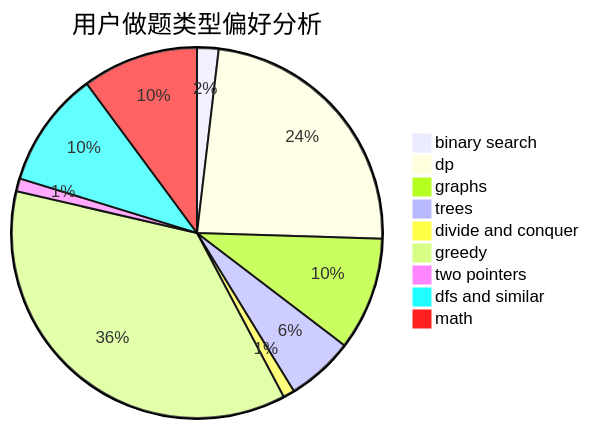
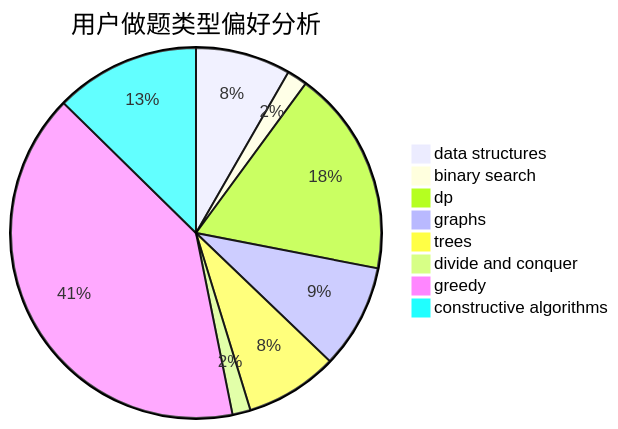
The second of 3 diagrams in docs/user/u2354.md (sherpahu/cfrs.github.io), drawn with Mermaid before and after one commit. The commit also changed other lines of this file and 2775 other files, not shown here.

````diff
--- a/docs/user/u2354.md
+++ b/docs/user/u2354.md
@@ -23,12 +23,11 @@
 ```mermaid
 pie title 用户做题类型偏好分析
-    "binary search" :  15
-    "dp" :  189
-    "graphs" :  79
-    "trees" :  47
+    "data structures" :  42
+    "binary search" :  9
+    "dp" :  91
+    "graphs" :  46
+    "trees" :  41
     "divide and conquer" :  8
-    "greedy" :  291
-    "two pointers" :  9
-    "dfs and similar" :  81
-    "math" :  81
+    "greedy" :  205
+    "constructive algorithms" :  64
 ```
````
